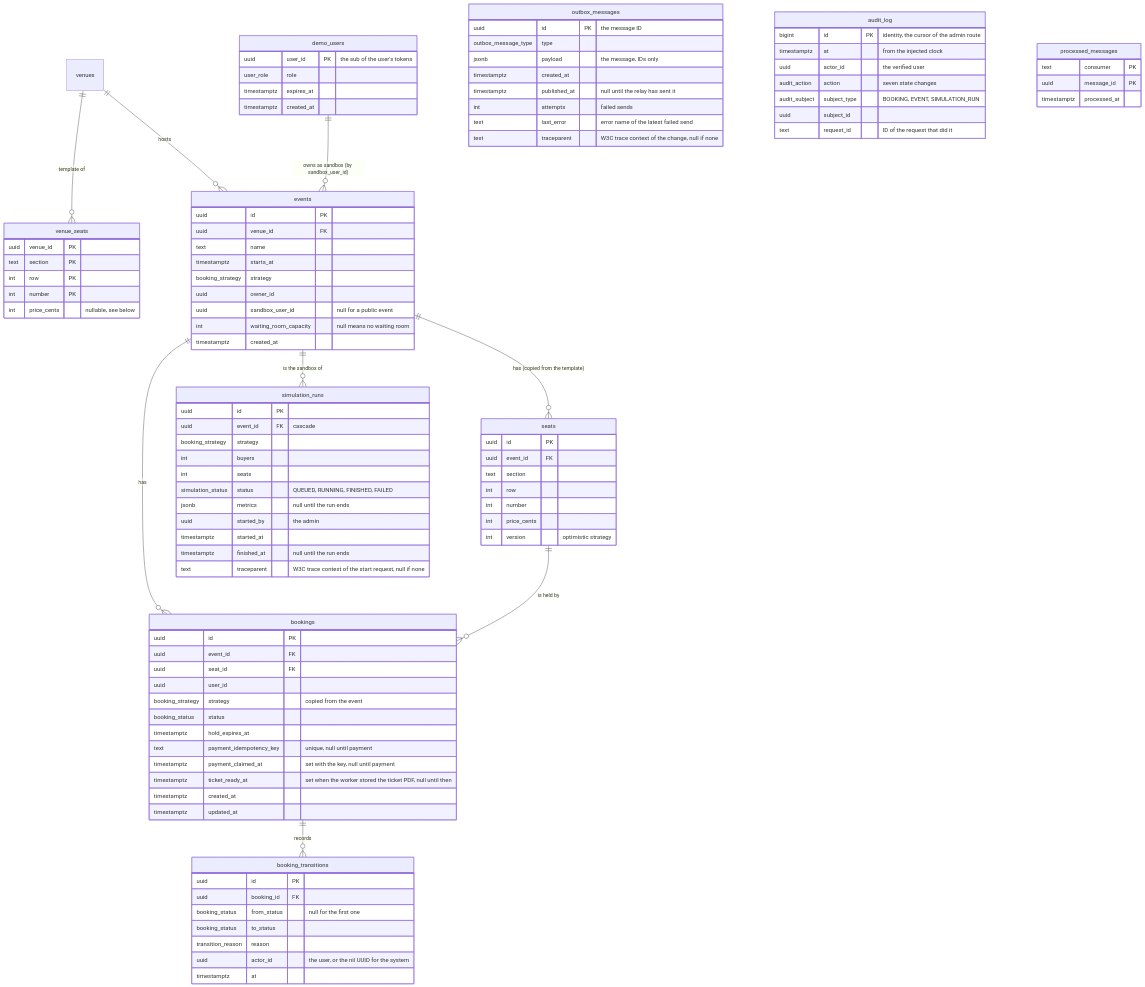
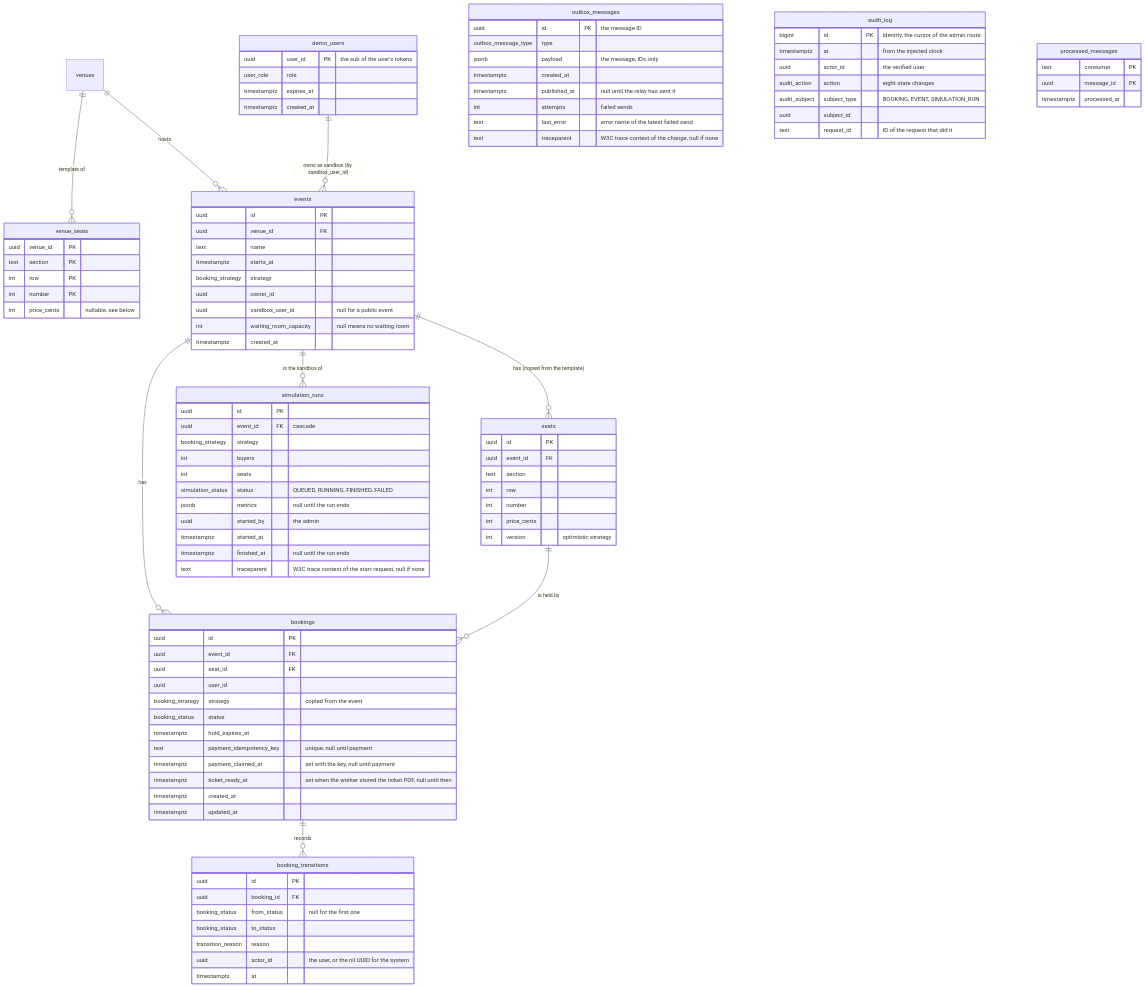
The first of 2 diagrams in docs/data-model.md (oguzbits/ticketmaster), drawn with Mermaid before and after one commit. The commit also changed other lines of this file and 16 other files, not shown here.

```diff
--- a/docs/data-model.md
+++ b/docs/data-model.md
@@ -101,7 +101,7 @@
         bigint id PK "identity, the cursor of the admin route"
         timestamptz at "from the injected clock"
         uuid actor_id "the verified user"
-        audit_action action "seven state changes"
+        audit_action action "eight state changes"
         audit_subject subject_type "BOOKING, EVENT, SIMULATION_RUN"
         uuid subject_id
         text request_id "ID of the request that did it"
```
